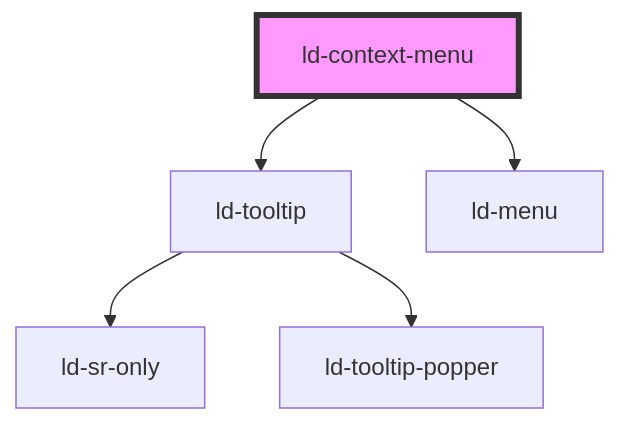
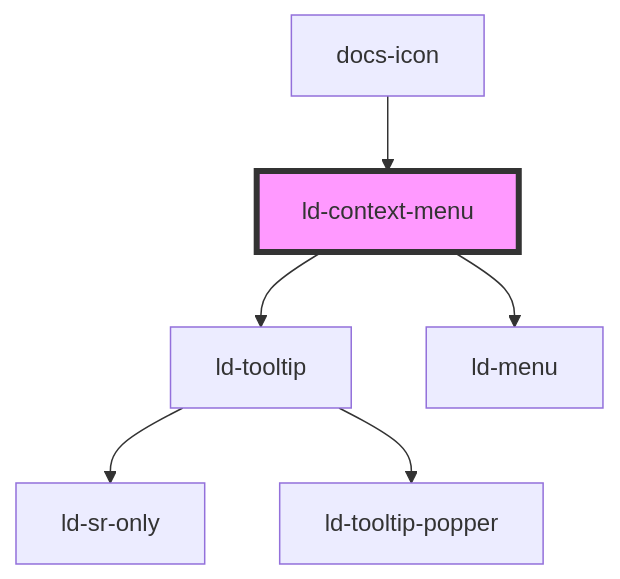
One commit to emdgroup-liquid/liquid changed the diagram in src/liquid/components/ld-context-menu/readme.md. Above: the diagram before and after it, drawn with Mermaid. The commit also changed other lines of this file and 16 other files, not shown here.

````diff
--- a/src/liquid/components/ld-context-menu/readme.md
+++ b/src/liquid/components/ld-context-menu/readme.md
@@ -296,8 +300,9 @@
 ```mermaid
 graph TD;
   ld-context-menu --> ld-tooltip
   ld-context-menu --> ld-menu
   ld-tooltip --> ld-sr-only
   ld-tooltip --> ld-tooltip-popper
+  docs-icon --> ld-context-menu
   style ld-context-menu fill:#f9f,stroke:#333,stroke-width:4px
 ```
````
